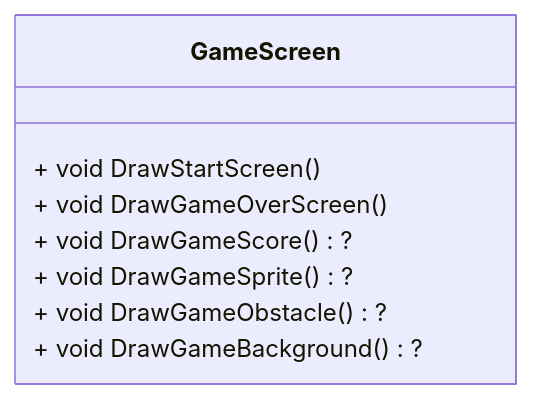
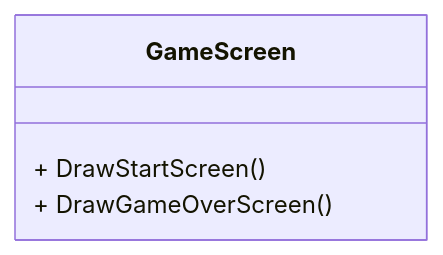
The ninth of 9 diagrams in dokumentasjon/diagram/klasse-diagram.md (NexusWeave/MVP-FlappyBird-cs), drawn with Mermaid before and after one commit.

Commit message:
Refactor GameScreen class in klasse-diagram.md to remove suggestions and streamline method declarations

````diff
--- a/dokumentasjon/diagram/klasse-diagram.md
+++ b/dokumentasjon/diagram/klasse-diagram.md
@@ -101,16 +101,9 @@
 ```mermaid
     classDiagram
         direction TD
 
         class GameScreen {
-            + void DrawStartScreen()
-            + void DrawGameOverScreen()
-
-            %% Suggestions
-            + void DrawGameScore()?
-            + void DrawGameSprite()? 
-            + void DrawGameObstacle()?
-            + void DrawGameBackground()? 
-            
+            + DrawStartScreen()
+            + DrawGameOverScreen()
         }
 ```
````
